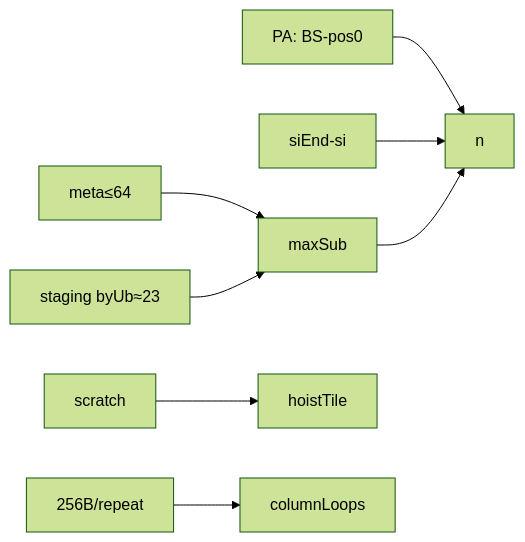
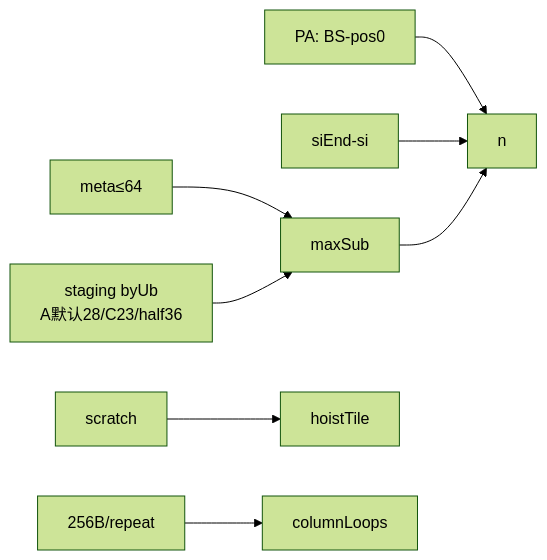
One commit to yyz3172/vllm-ascend changed the second of 7 diagrams in csrc/bit_residual_fia_paged_k8v4/docs/dequant_pa_run_tile_hierarchy.md. Above: the diagram before and after it, drawn with Mermaid (forest theme). The commit also changed other lines of this file and 1 other file, not shown here.

````diff
--- a/csrc/bit_residual_fia_paged_k8v4/docs/dequant_pa_run_tile_hierarchy.md
+++ b/csrc/bit_residual_fia_paged_k8v4/docs/dequant_pa_run_tile_hierarchy.md
@@ -118,10 +168,10 @@
 ```mermaid
 flowchart LR
   PA["PA: BS-pos0"] --> N["n"]
   REM["siEnd-si"] --> N
   META["meta≤64"] --> MS["maxSub"]
-  STG["staging byUb≈23"] --> MS
+  STG["staging byUb<br/>A默认28/C23/half36"] --> MS
   MS --> N
   SCR["scratch"] --> HT["hoistTile"]
   HW["256B/repeat"] --> CL["columnLoops"]
 ```
````
